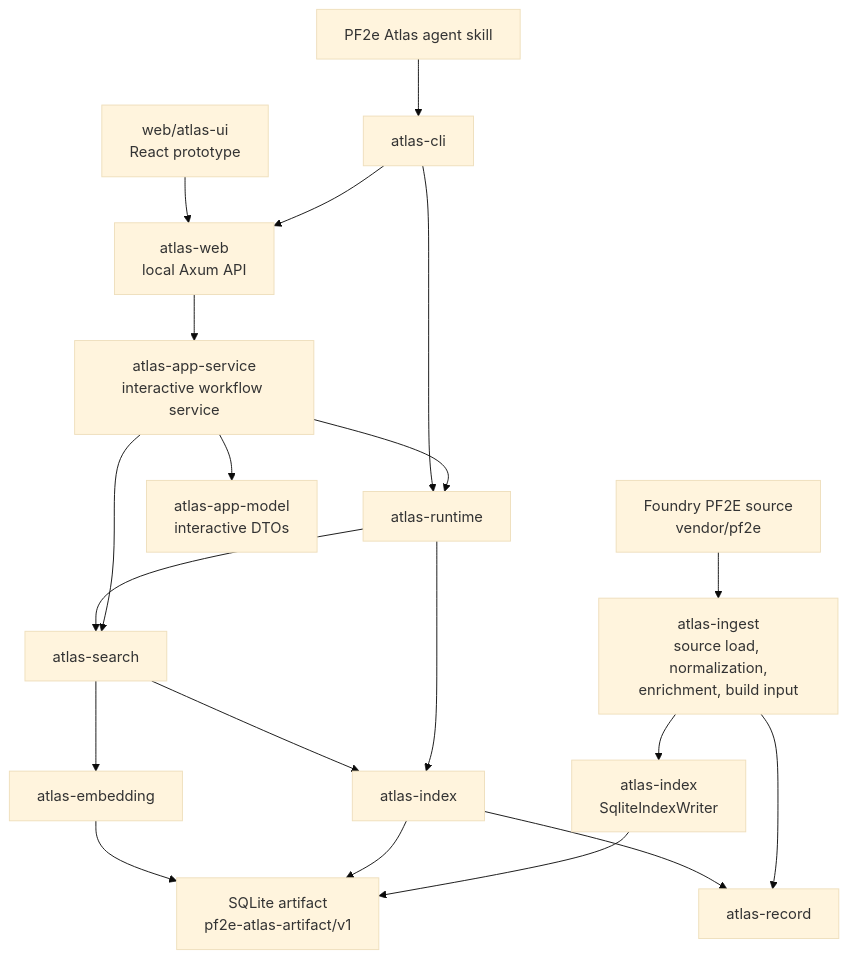
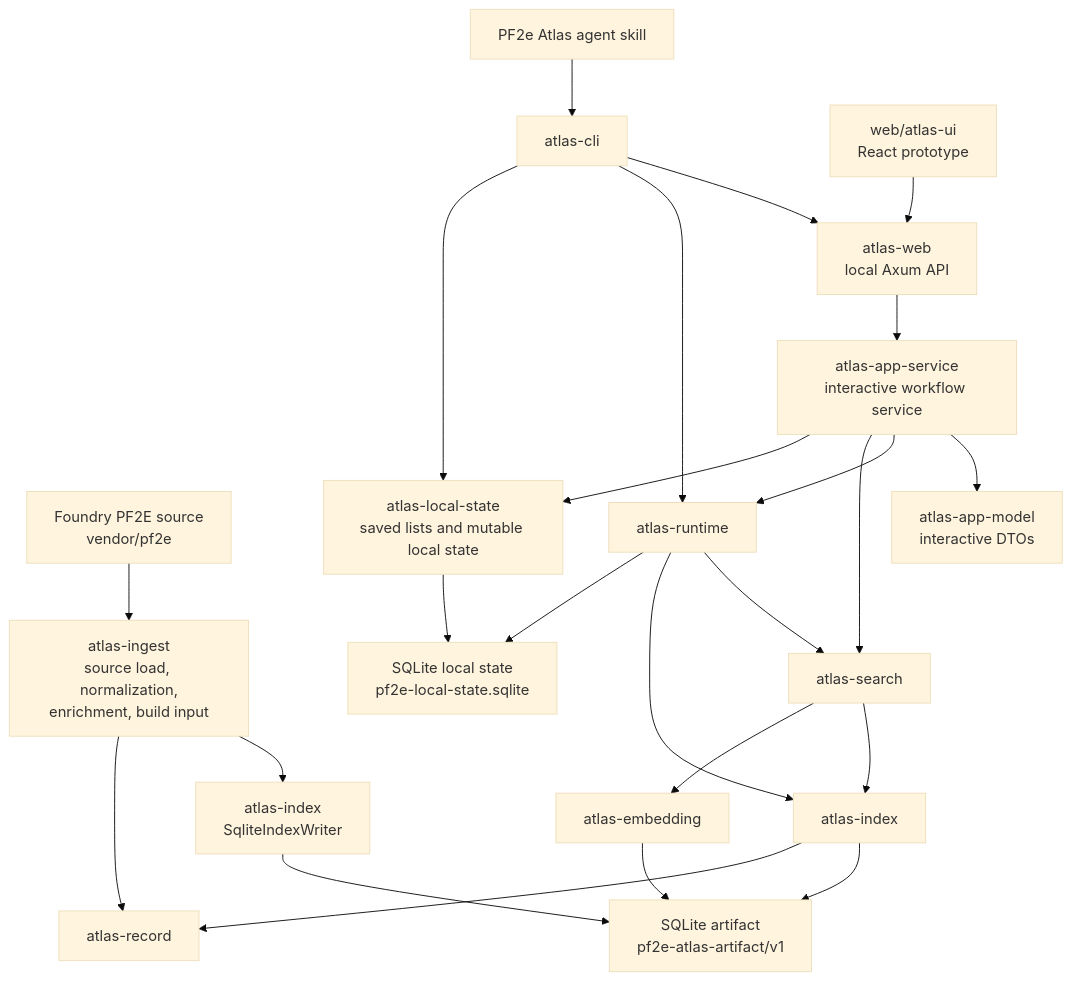
Before and after one commit to e-kosten/pf2e-atlas: the diagram in docs/architecture/overview.md, drawn with Mermaid (base theme). The commit also changed other lines of this file and 37 other files, not shown here.

Commit message:
feat: add saved lists and embedded web UI

````diff
--- a/docs/architecture/overview.md
+++ b/docs/architecture/overview.md
@@ -34,23 +35,28 @@
 ```mermaid
 flowchart TD
     pf2e["Foundry PF2E source<br/>vendor/pf2e"] --> ingest["atlas-ingest<br/>source load, normalization,<br/>enrichment, build input"]
     ingest --> indexWriter["atlas-index<br/>SqliteIndexWriter"]
     indexWriter --> artifactDb["SQLite artifact<br/>pf2e-atlas-artifact/v1"]
+    localStateDb["SQLite local state<br/>pf2e-local-state.sqlite"]
 
     skill["PF2e Atlas agent skill"] --> cli["atlas-cli"]
     cli --> web["atlas-web<br/>local Axum API"]
     browser["web/atlas-ui<br/>React prototype"] --> web
     web --> appService["atlas-app-service<br/>interactive workflow service"]
     appService --> appModel["atlas-app-model<br/>interactive DTOs"]
     appService --> runtime
     appService --> search
+    appService --> localState["atlas-local-state<br/>saved lists and mutable local state"]
     cli --> runtime["atlas-runtime"]
+    cli --> localState
     runtime --> search["atlas-search"]
     runtime --> index["atlas-index"]
+    runtime --> localStateDb
+    localState --> localStateDb
     search --> index
     search --> embedding["atlas-embedding"]
     index --> artifactDb
     embedding --> artifactDb
     ingest --> record["atlas-record"]
     index --> record
 ```
````
